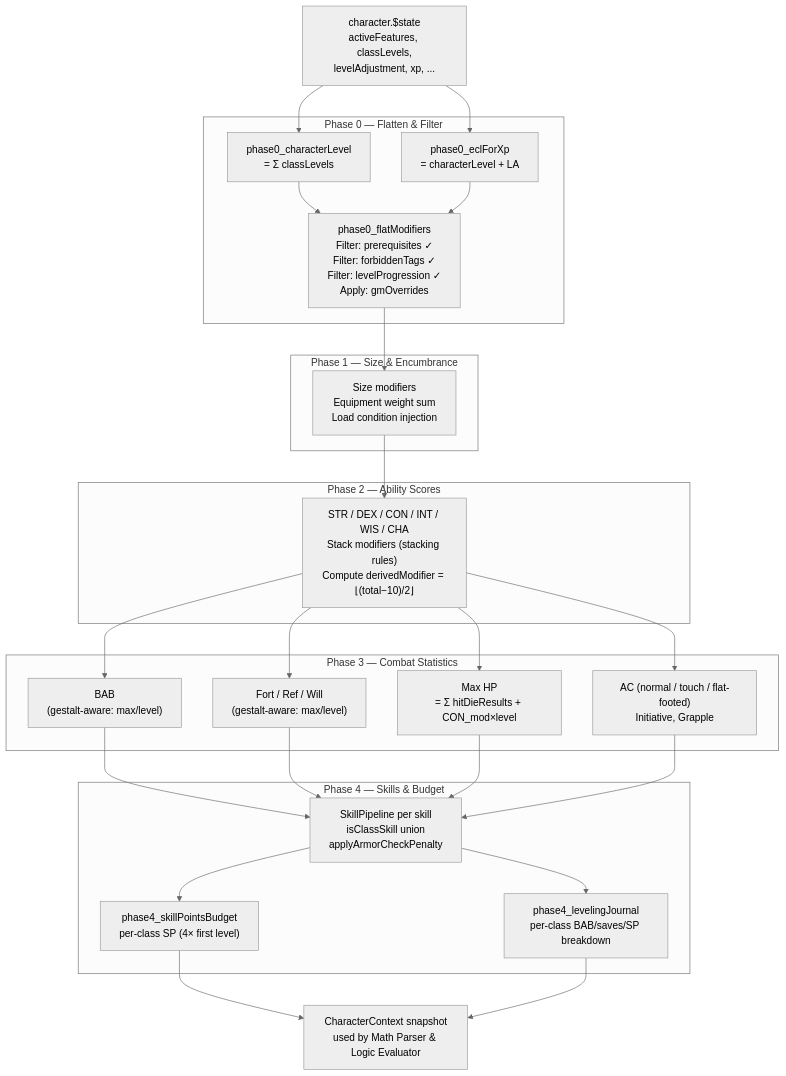
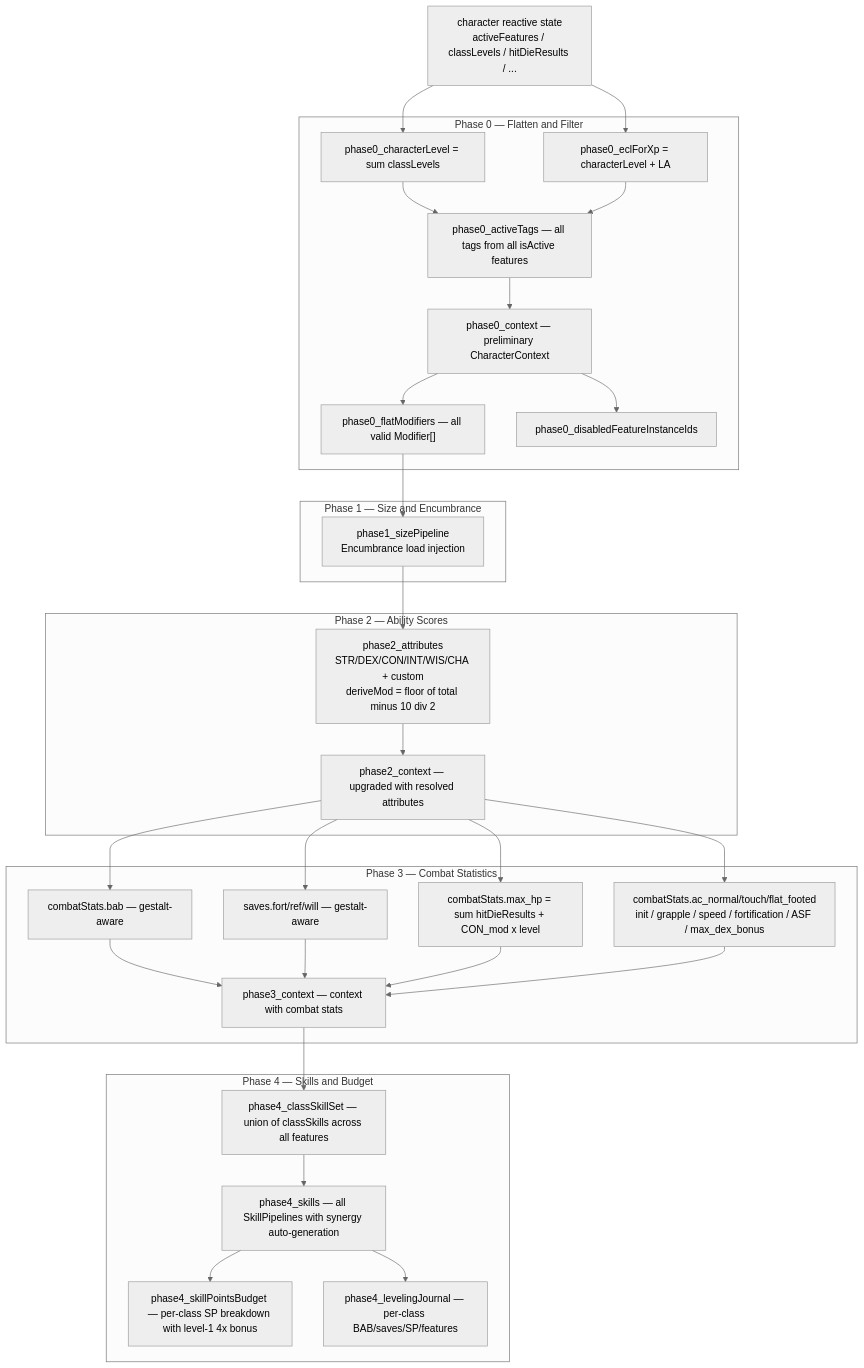
One commit to tartampluch/character-vault changed the third of 5 diagrams in ARCHITECTURE.md. Above: the diagram before and after it, drawn with Mermaid (neutral theme). The commit also changed other lines of this file and 3 other files, not shown here.

First line of the commit message:
docs: clarify CharacterContext key conventions and path resolution in GameEngine

````diff
--- a/ARCHITECTURE.md
+++ b/ARCHITECTURE.md
@@ -3171,42 +1746,43 @@
 ```mermaid
 flowchart TD
-    INPUT["character.$state\nactiveFeatures, classLevels,\nlevelAdjustment, xp, ..."]
+    INPUT[character reactive state<br/>activeFeatures / classLevels / hitDieResults / ...]
 
-    subgraph "Phase 0 — Flatten & Filter"
-        P0C["phase0_characterLevel\n= Σ classLevels"]
-        P0ECL["phase0_eclForXp\n= characterLevel + LA"]
-        P0FLAT["phase0_flatModifiers\nFilter: prerequisites ✓\nFilter: forbiddenTags ✓\nFilter: levelProgression ✓\nApply: gmOverrides"]
+    subgraph "Phase 0 — Flatten and Filter"
+        P0C[phase0_characterLevel = sum classLevels]
+        P0ECL[phase0_eclForXp = characterLevel + LA]
+        P0TAGS[phase0_activeTags — all tags from all isActive features]
+        P0CTX[phase0_context — preliminary CharacterContext]
+        P0FLAT[phase0_flatModifiers — all valid Modifier#91;#93;]
+        P0DIS[phase0_disabledFeatureInstanceIds]
     end
 
-    subgraph "Phase 1 — Size & Encumbrance"
-        P1["Size modifiers\nEquipment weight sum\nLoad condition injection"]
+    subgraph "Phase 1 — Size and Encumbrance"
+        P1[phase1_sizePipeline<br/>Encumbrance load injection]
     end
 
     subgraph "Phase 2 — Ability Scores"
-        P2["STR / DEX / CON / INT / WIS / CHA\nStack modifiers (stacking rules)\nCompute derivedModifier = ⌊(total−10)/2⌋"]
+        P2ATTRS[phase2_attributes<br/>STR/DEX/CON/INT/WIS/CHA + custom<br/>deriveMod = floor of total minus 10 div 2]
+        P2CTX[phase2_context — upgraded with resolved attributes]
     end
 
     subgraph "Phase 3 — Combat Statistics"
-        P3BAB["BAB\n(gestalt-aware: max/level)"]
-        P3SAVES["Fort / Ref / Will\n(gestalt-aware: max/level)"]
-        P3HP["Max HP\n= Σ hitDieResults + CON_mod×level"]
-        P3AC["AC (normal / touch / flat-footed)\nInitiative, Grapple"]
+        P3BAB[combatStats.bab — gestalt-aware]
+        P3SAVES[saves.fort/ref/will — gestalt-aware]
+        P3HP[combatStats.max_hp = sum hitDieResults + CON_mod x level]
+        P3AC[combatStats.ac_normal/touch/flat_footed<br/>init / grapple / speed / fortification / ASF / max_dex_bonus]
+        P3CTX[phase3_context — context with combat stats]
     end
 
-    subgraph "Phase 4 — Skills & Budget"
-        P4SKILLS["SkillPipeline per skill\nisClassSkill union\napplyArmorCheckPenalty"]
-        P4BUDGET["phase4_skillPointsBudget\nper-class SP (4× first level)"]
-        P4JOURNAL["phase4_levelingJournal\nper-class BAB/saves/SP breakdown"]
+    subgraph "Phase 4 — Skills and Budget"
+        P4CS[phase4_classSkillSet — union of classSkills across all features]
+        P4SKILLS[phase4_skills — all SkillPipelines with synergy auto-generation]
+        P4BUDGET[phase4_skillPointsBudget — per-class SP breakdown with level-1 4x bonus]
+        P4JOURNAL[phase4_levelingJournal — per-class BAB/saves/SP/features]
     end
 
-    SNAPSHOT["CharacterContext snapshot\nused by Math Parser & Logic Evaluator"]
-
     INPUT --> P0C & P0ECL
-    P0C & P0ECL --> P0FLAT
-    P0FLAT --> P1
-    P1 --> P2
-    P2 --> P3BAB & P3SAVES & P3HP & P3AC
-    P3BAB & P3SAVES & P3HP & P3AC --> P4SKILLS
-    P4SKILLS --> P4BUDGET & P4JOURNAL
-    P4BUDGET & P4JOURNAL --> SNAPSHOT
+    P0C & P0ECL --> P0TAGS --> P0CTX --> P0FLAT & P0DIS
+    P0FLAT --> P1 --> P2ATTRS --> P2CTX
+    P2CTX --> P3BAB & P3SAVES & P3HP & P3AC --> P3CTX
+    P3CTX --> P4CS --> P4SKILLS --> P4BUDGET & P4JOURNAL
 ```
````
